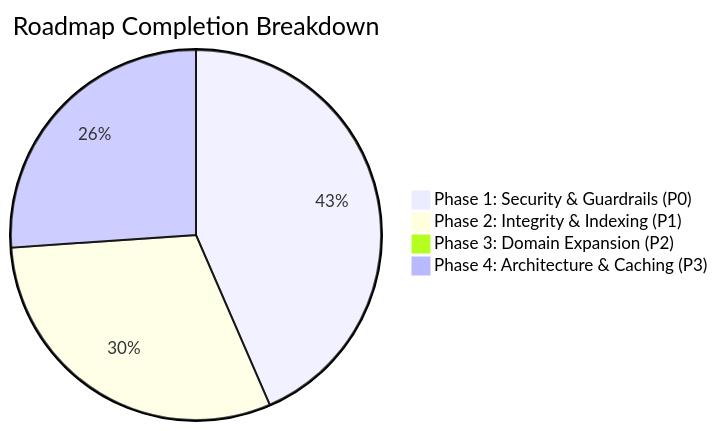
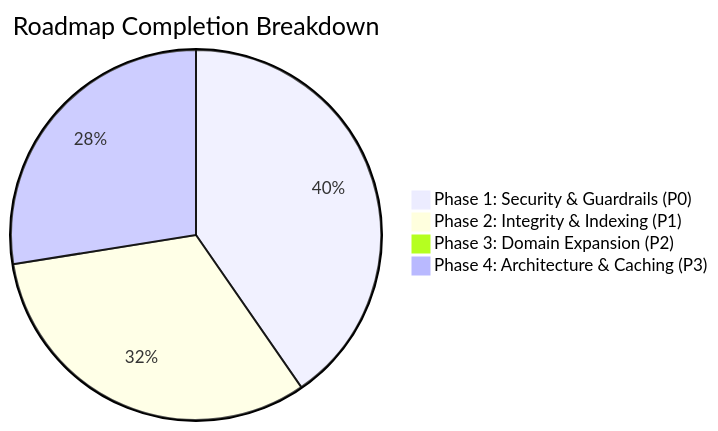
One commit to OatiesMilk/Supply-Chain changed the diagram in docs/PROJECT_ISSUES_REPORT.md. Above: the diagram before and after it, drawn with Mermaid. The commit also changed other lines of this file and 12 other files, not shown here.

````diff
--- a/docs/PROJECT_ISSUES_REPORT.md
+++ b/docs/PROJECT_ISSUES_REPORT.md
@@ -837,7 +837,7 @@
 ```mermaid
 pie title Roadmap Completion Breakdown
-    "Phase 1: Security & Guardrails (P0)" : 100
+    "Phase 1: Security & Guardrails (P0)" : 88
     "Phase 2: Integrity & Indexing (P1)" : 70
     "Phase 3: Domain Expansion (P2)" : 0
     "Phase 4: Architecture & Caching (P3)" : 60
 ```
````
